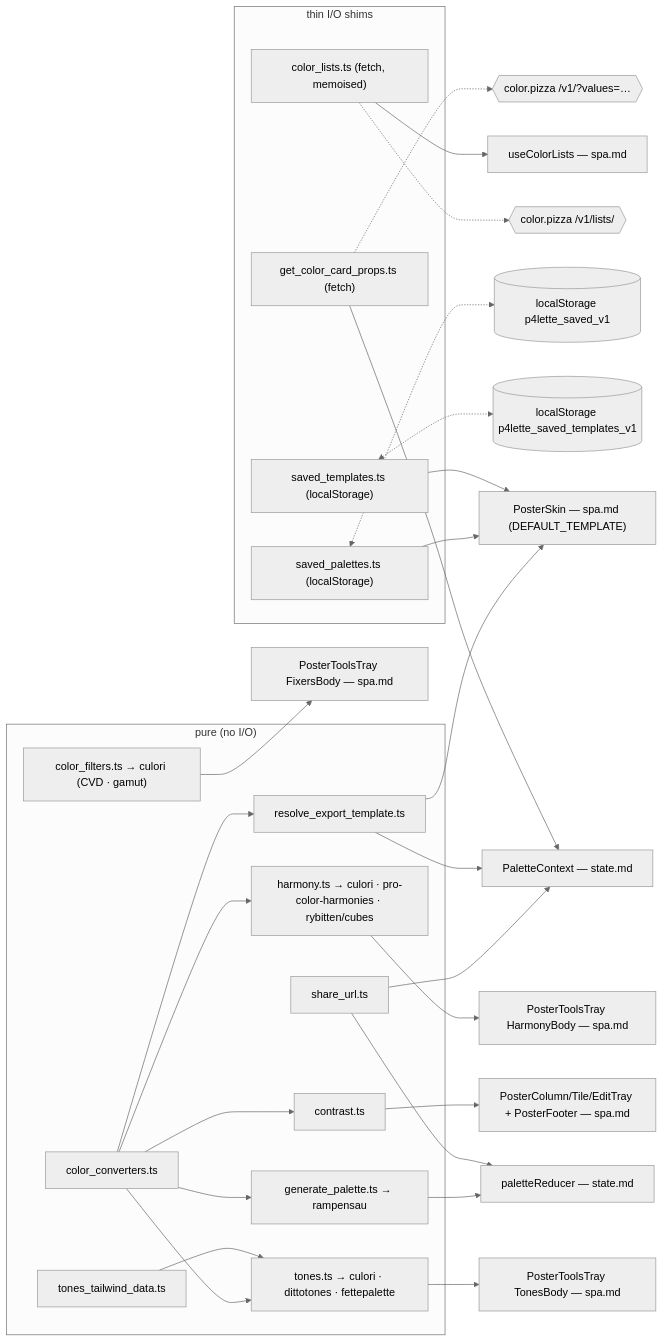
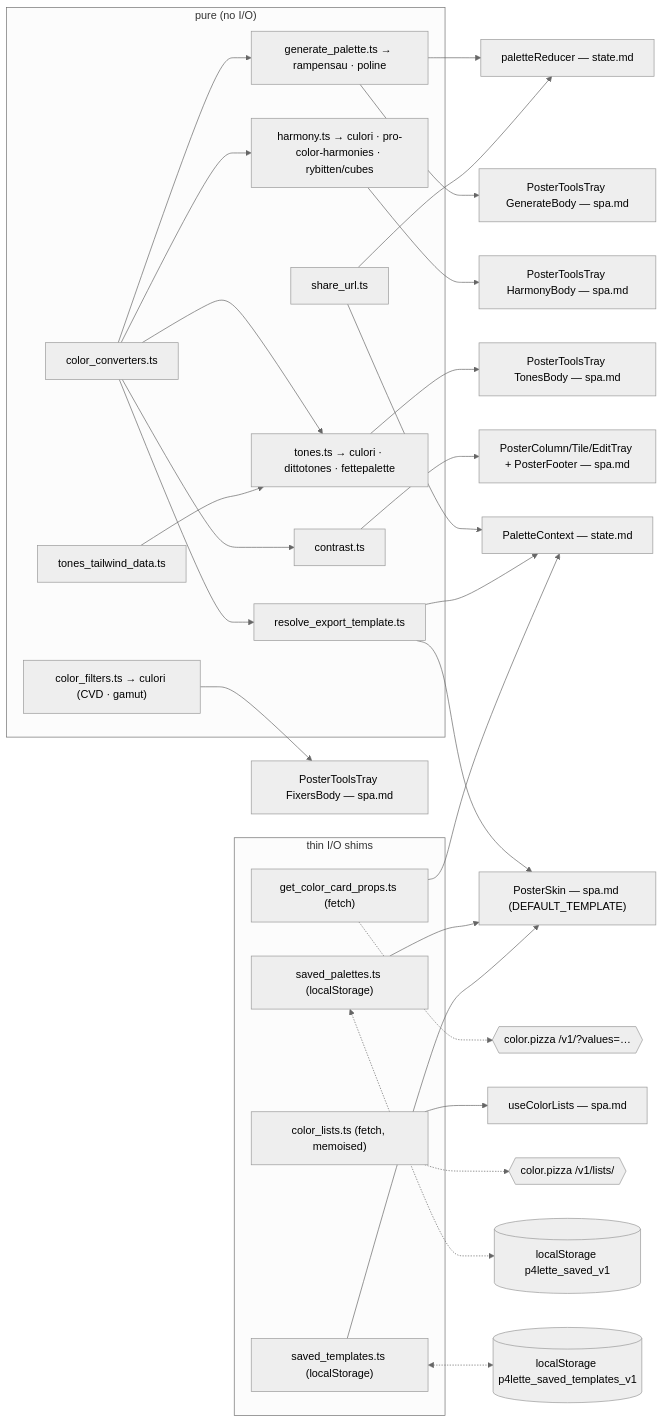
The diagram in SPEC/TARGET/color.md (p4stoboy/p4lette), drawn with Mermaid (neutral theme) before and after one commit. The commit also changed other lines of this file and 18 other files, not shown here.

First line of the commit message:
feat(generate): SHUFFLE strategy picker + tune-the-ramp panel (poline)

````diff
--- a/SPEC/TARGET/color.md
+++ b/SPEC/TARGET/color.md
@@ -309,39 +325,40 @@
 ```mermaid
 flowchart LR
   subgraph pure["pure (no I/O)"]
     cc["color_converters.ts"]
-    gp["generate_palette.ts → rampensau"]
+    gp["generate_palette.ts → rampensau · poline"]
     hm["harmony.ts → culori · pro-color-harmonies · rybitten/cubes"]
     tn["tones.ts → culori · dittotones · fettepalette"]
     cf["color_filters.ts → culori (CVD · gamut)"]
     td["tones_tailwind_data.ts"]
     ct["contrast.ts"]
     rt["resolve_export_template.ts"]
     su["share_url.ts"]
   end
   subgraph io["thin I/O shims"]
     gcn["get_color_card_props.ts (fetch)"]
     cl["color_lists.ts (fetch, memoised)"]
     sp["saved_palettes.ts (localStorage)"]
     st["saved_templates.ts (localStorage)"]
   end
   cc --> gp & hm & tn & ct & rt
   td --> tn
   gp --> red["paletteReducer — state.md"]
+  gp --> ggb["PosterToolsTray GenerateBody — spa.md"]
   su --> red
   su --> pctx["PaletteContext — state.md"]
   rt --> pctx
   gcn --> pctx
   rt --> skin["PosterSkin — spa.md (DEFAULT_TEMPLATE)"]
   hm --> hd["PosterToolsTray HarmonyBody — spa.md"]
   tn --> tld["PosterToolsTray TonesBody — spa.md"]
   cf --> ttf["PosterToolsTray FixersBody — spa.md"]
   ct --> swatch["PosterColumn/Tile/EditTray + PosterFooter — spa.md"]
   cl --> ucl["useColorLists — spa.md"]
   sp --> skin
   st --> skin
   gcn -.-> pizza1{{"color.pizza /v1/?values=…"}}
   cl -.-> pizza2{{"color.pizza /v1/lists/"}}
   sp <-.-> ls1[("localStorage p4lette_saved_v1")]
   st <-.-> ls2[("localStorage p4lette_saved_templates_v1")]
 ```
````
